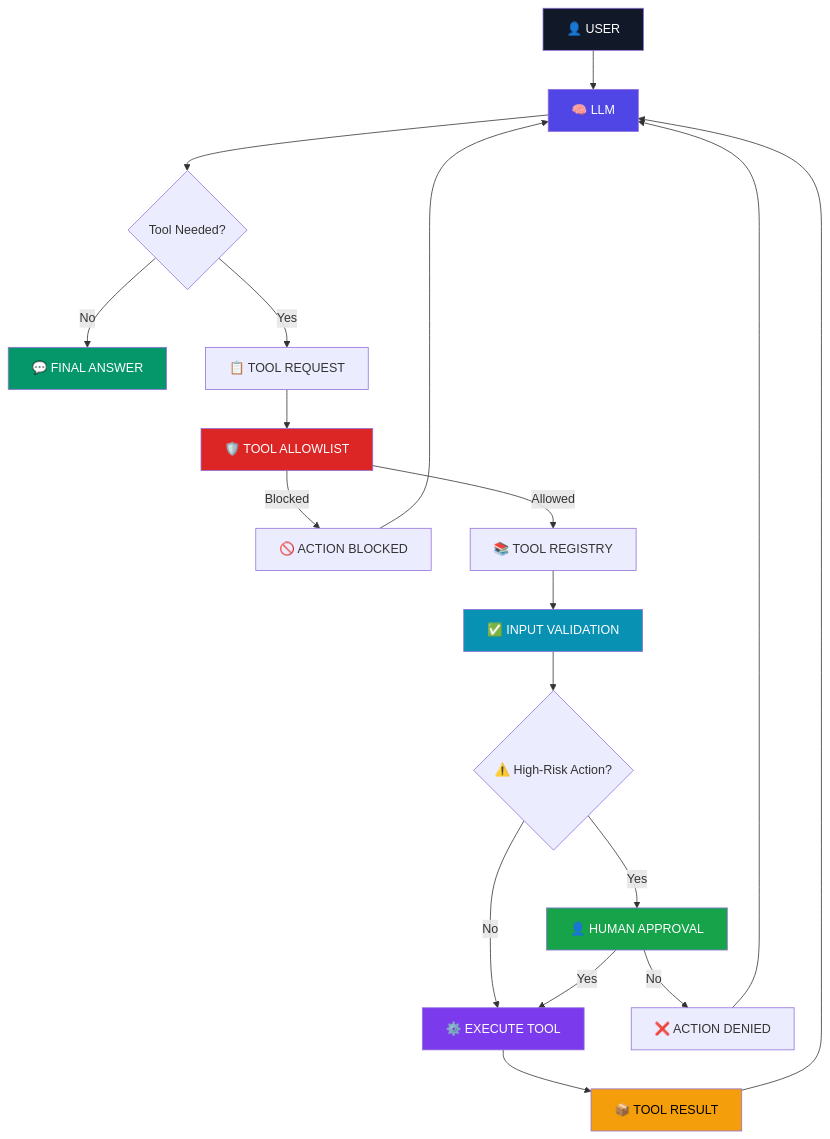
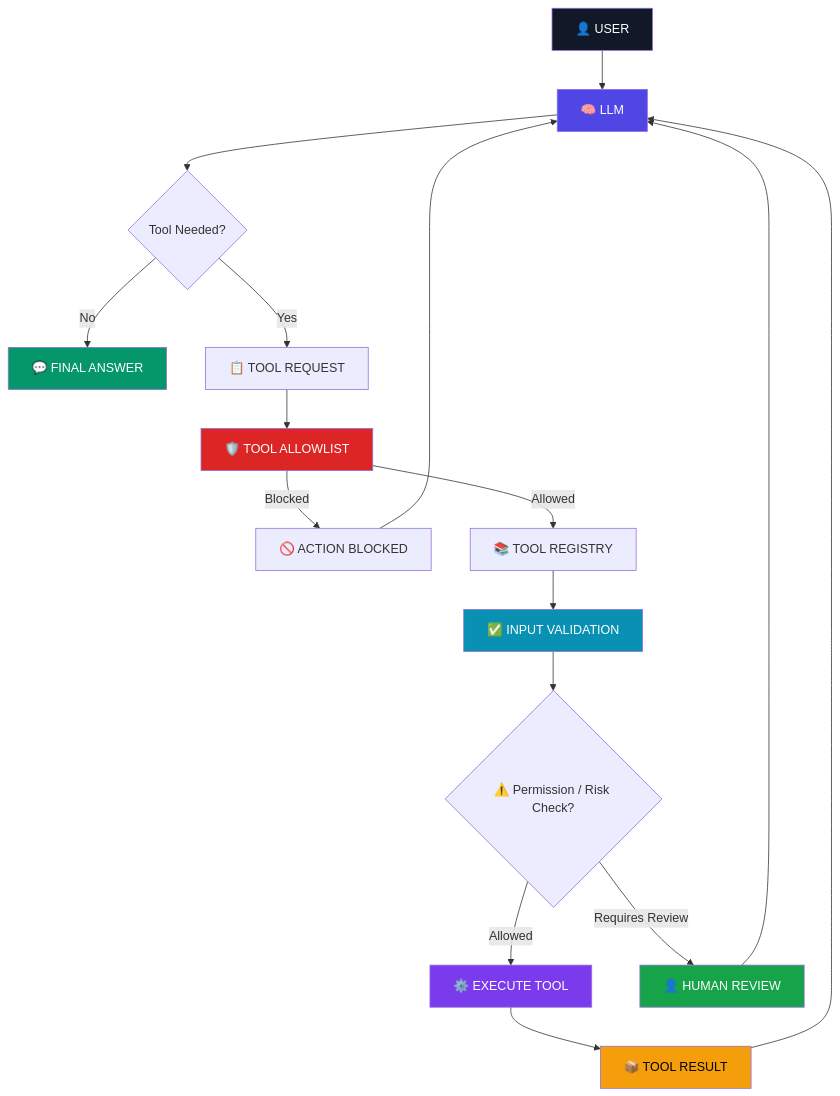
The first of 2 diagrams in README.md (armaankhantech/controlled-ai-agent), drawn with Mermaid before and after one commit. The commit also changed other lines of this file, not shown here.

````diff
--- a/README.md
+++ b/README.md
@@ -94,45 +100,44 @@
 ```mermaid
 flowchart TD
 
     A["👤 USER"] --> B["🧠 LLM"]
 
     B --> C{"Tool Needed?"}
 
     C -->|No| Z["💬 FINAL ANSWER"]
 
     C -->|Yes| D["📋 TOOL REQUEST"]
 
     D --> E["🛡️ TOOL ALLOWLIST"]
 
     E -->|Blocked| F["🚫 ACTION BLOCKED"]
 
     E -->|Allowed| G["📚 TOOL REGISTRY"]
 
     G --> H["✅ INPUT VALIDATION"]
 
-    H --> I{"⚠️ High-Risk Action?"}
+    H --> I{"⚠️ Permission / Risk Check?"}
 
-    I -->|No| J["⚙️ EXECUTE TOOL"]
+    I -->|Allowed| J["⚙️ EXECUTE TOOL"]
 
-    I -->|Yes| K["👤 HUMAN APPROVAL"]
-
-    K -->|No| L["❌ ACTION DENIED"]
-
-    K -->|Yes| J
+    I -->|Requires Review| K["👤 HUMAN REVIEW"]
 
     J --> M["📦 TOOL RESULT"]
 
     M --> B
 
     F --> B
-    L --> B
+
+    K --> B
+
+    Z
 
     style A fill:#111827,color:#fff
     style B fill:#4f46e5,color:#fff
     style E fill:#dc2626,color:#fff
     style H fill:#0891b2,color:#fff
     style K fill:#16a34a,color:#fff
     style J fill:#7c3aed,color:#fff
     style M fill:#f59e0b,color:#000
     style Z fill:#059669,color:#fff
 ```
````
